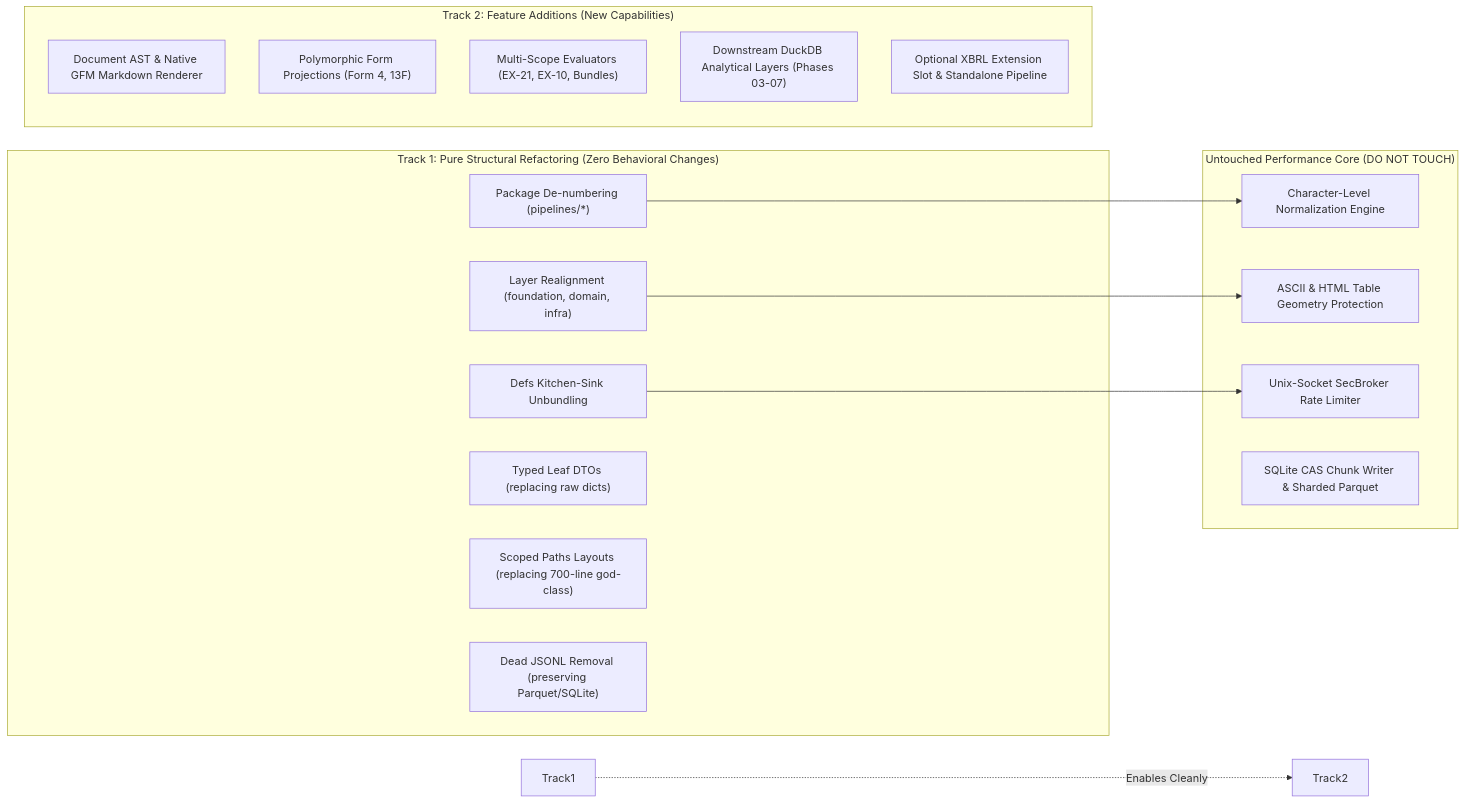
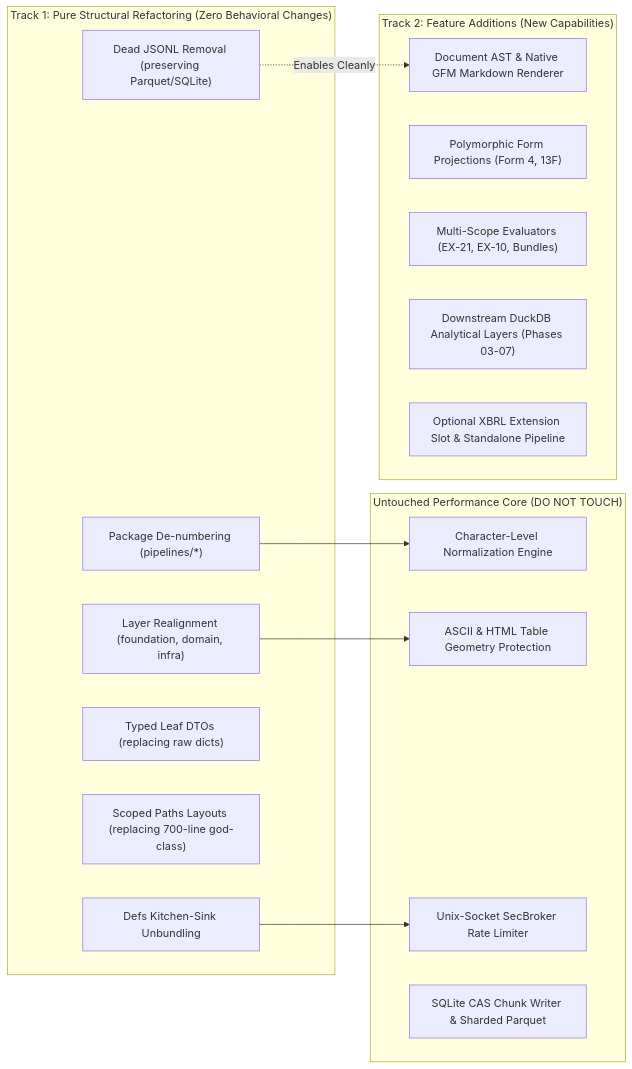
One commit to DerivedFunction01/edgar-sec changed the first of 3 diagrams in roadmap/refactor_v2/v2_refactor_roadmap.md. Above: the diagram before and after it, drawn with Mermaid. The commit also changed other lines of this file and 36 other files, not shown here.

Commit message:
feat: add foundation text and regex modules, domain document and forms models, and phase 2.5 roadmap documentation

````diff
--- a/roadmap/refactor_v2/v2_refactor_roadmap.md
+++ b/roadmap/refactor_v2/v2_refactor_roadmap.md
@@ -58,31 +112,31 @@
 ```mermaid
 graph LR
     subgraph "Track 1: Pure Structural Refactoring (Zero Behavioral Changes)"
         R1["Package De-numbering (pipelines/*)"]
         R2["Layer Realignment (foundation, domain, infra)"]
         R3["Defs Kitchen-Sink Unbundling"]
         R4["Typed Leaf DTOs (replacing raw dicts)"]
         R5["Scoped Paths Layouts (replacing 700-line god-class)"]
         R6["Dead JSONL Removal (preserving Parquet/SQLite)"]
     end
 
     subgraph "Untouched Performance Core (DO NOT TOUCH)"
         P1["Character-Level Normalization Engine"]
         P2["ASCII & HTML Table Geometry Protection"]
         P3["Unix-Socket SecBroker Rate Limiter"]
         P4["SQLite CAS Chunk Writer & Sharded Parquet"]
     end
 
     subgraph "Track 2: Feature Additions (New Capabilities)"
         F1["Document AST & Native GFM Markdown Renderer"]
         F2["Polymorphic Form Projections (Form 4, 13F)"]
         F3["Multi-Scope Evaluators (EX-21, EX-10, Bundles)"]
         F4["Downstream DuckDB Analytical Layers (Phases 03-07)"]
         F5["Optional XBRL Extension Slot & Standalone Pipeline"]
     end
 
     R1 --> P1
     R2 --> P2
     R3 --> P3
-    Track1 -.->|Enables Cleanly| Track2
+    R6 -.->|Enables Cleanly| F1
 ```
````
